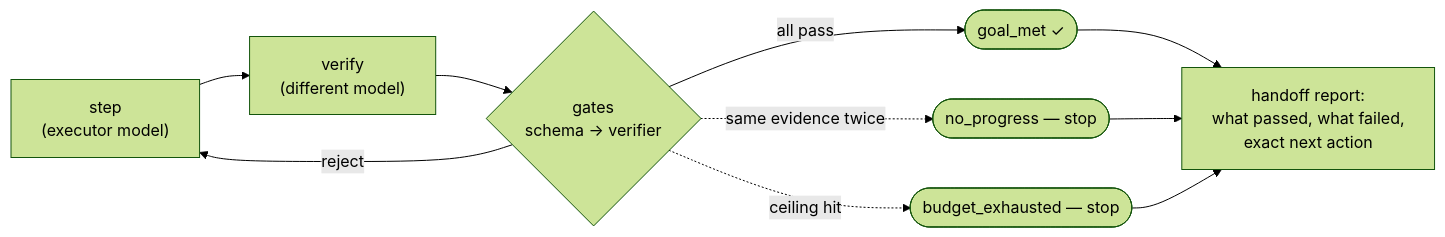
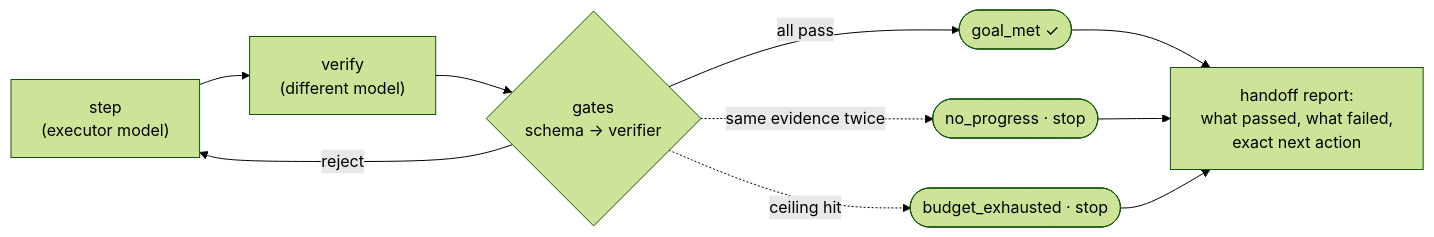
One commit to Illuminfti/flow changed the second of 4 diagrams in README.md. Above: the diagram before and after it, drawn with Mermaid (forest theme). The commit also changed other lines of this file and 1 other file, not shown here.

````diff
--- a/README.md
+++ b/README.md
@@ -168,10 +168,10 @@
 ```mermaid
 flowchart LR
     S["step<br/>(executor model)"] --> V["verify<br/>(different model)"]
     V --> G{"gates<br/>schema → verifier"}
     G -->|all pass| DONE(["goal_met ✓"])
     G -->|reject| S
-    G -.->|"same evidence twice"| STALL(["no_progress — stop"])
-    G -.->|"ceiling hit"| BUDGET(["budget_exhausted — stop"])
+    G -.->|"same evidence twice"| STALL(["no_progress · stop"])
+    G -.->|"ceiling hit"| BUDGET(["budget_exhausted · stop"])
     DONE & STALL & BUDGET --> H["handoff report:<br/>what passed, what failed,<br/>exact next action"]
 ```
````
